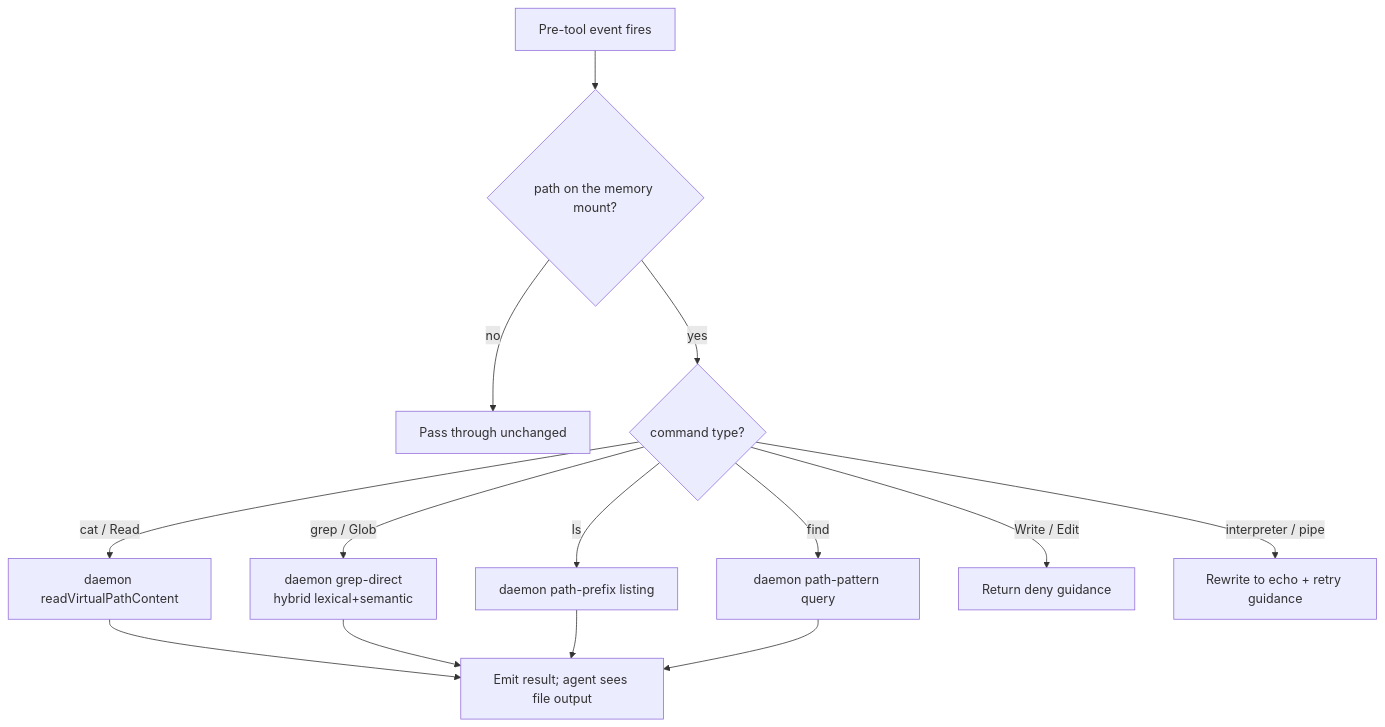
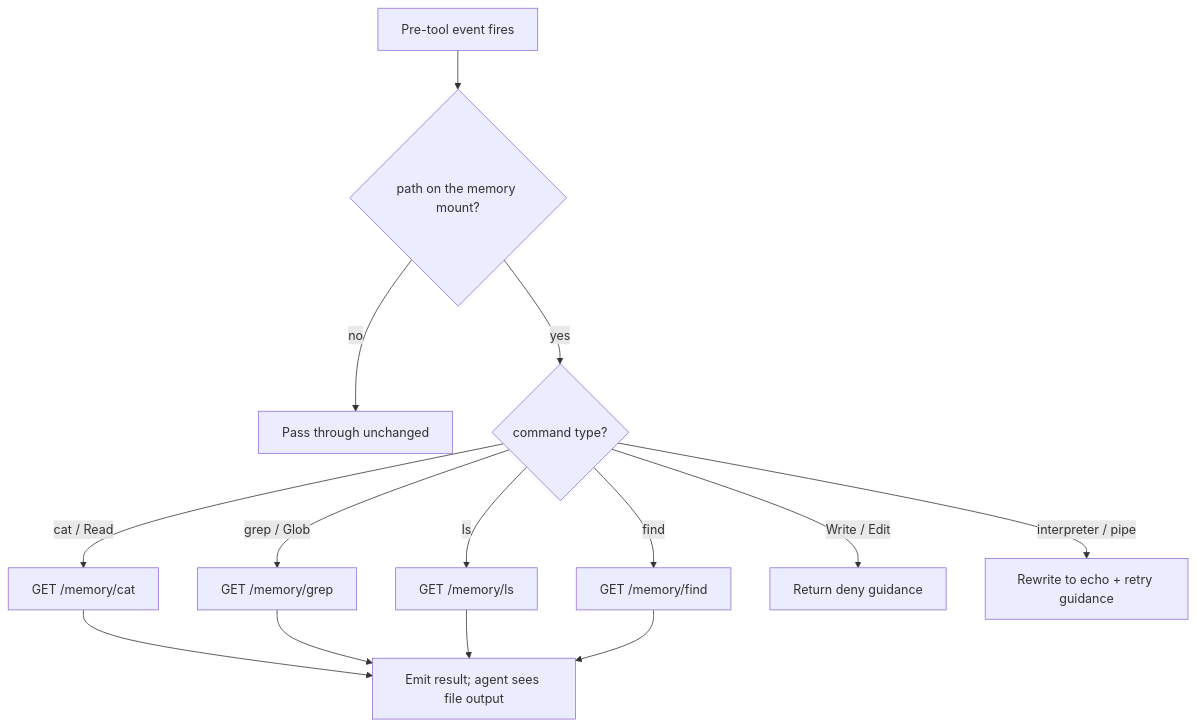
Before and after one commit to legioncodeinc/honeycomb: the first of 2 diagrams in library/knowledge/private/integrations/hook-lifecycle.md, drawn with Mermaid. The commit also changed other lines of this file and 279 other files, not shown here.

````diff
--- a/library/knowledge/private/integrations/hook-lifecycle.md
+++ b/library/knowledge/private/integrations/hook-lifecycle.md
@@ -141,16 +141,16 @@
 ```mermaid
 flowchart TD
     hookFire["Pre-tool event fires"] --> isMemoryPath{"path on the memory mount?"}
     isMemoryPath -- no --> passThrough["Pass through unchanged"]
     isMemoryPath -- yes --> routeCmd{"command type?"}
-    routeCmd -- "cat / Read" --> daemonRead["daemon readVirtualPathContent"]
-    routeCmd -- "grep / Glob" --> daemonSearch["daemon grep-direct\nhybrid lexical+semantic"]
-    routeCmd -- "ls" --> daemonList["daemon path-prefix listing"]
-    routeCmd -- "find" --> daemonPattern["daemon path-pattern query"]
+    routeCmd -- "cat / Read" --> daemonRead["GET /memory/cat"]
+    routeCmd -- "grep / Glob" --> daemonSearch["GET /memory/grep"]
+    routeCmd -- "ls" --> daemonList["GET /memory/ls"]
+    routeCmd -- "find" --> daemonPattern["GET /memory/find"]
     routeCmd -- "Write / Edit" --> denyWrite["Return deny guidance"]
     routeCmd -- "interpreter / pipe" --> safeEcho["Rewrite to echo + retry guidance"]
     daemonRead --> emitResult["Emit result; agent sees file output"]
     daemonSearch --> emitResult
     daemonList --> emitResult
     daemonPattern --> emitResult
 ```
````
